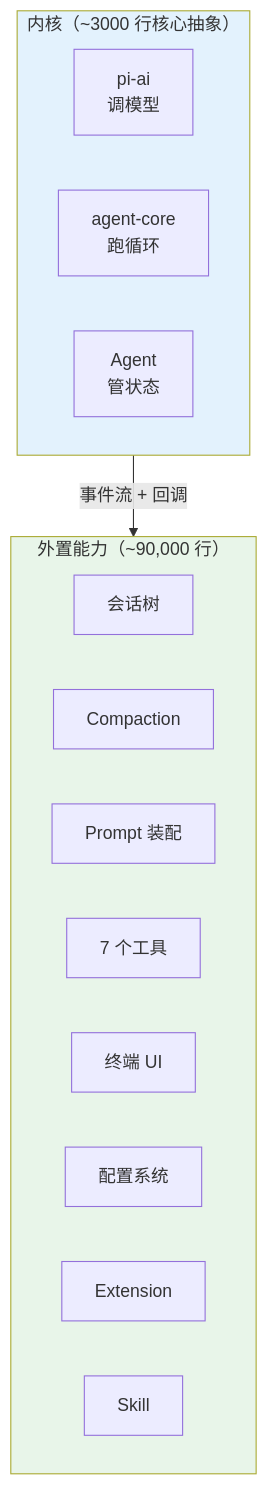
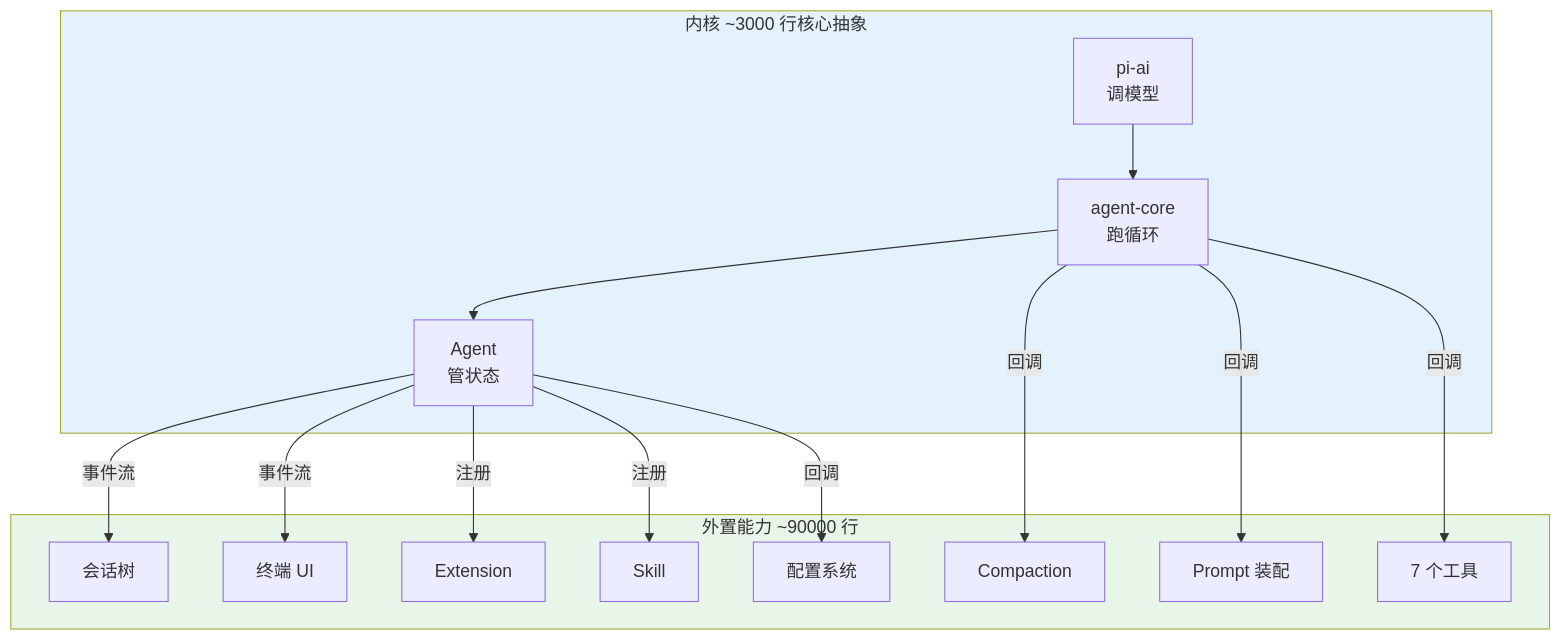
The diagram in src/ch30-minimal-core.md (endlessc/pi-book), drawn with Mermaid before and after one commit.

Commit message:
Fix ch30 mermaid: connect nodes not subgraphs, use <br/> for labels

````diff
--- a/src/ch30-minimal-core.md
+++ b/src/ch30-minimal-core.md
@@ -36,24 +36,32 @@
 ```mermaid
 graph TB
-    subgraph Core["内核（~3000 行核心抽象）"]
-        AI["pi-ai\n调模型"]
-        Loop["agent-core\n跑循环"]
-        Agent["Agent\n管状态"]
+    subgraph Core["内核 ~3000 行核心抽象"]
+        AI["pi-ai<br/>调模型"]
+        Loop["agent-core<br/>跑循环"]
+        Agent["Agent<br/>管状态"]
+        AI --> Loop --> Agent
     end
     
-    subgraph External["外置能力（~90,000 行）"]
+    subgraph External["外置能力 ~90000 行"]
         Session["会话树"]
         Compact["Compaction"]
         Prompt["Prompt 装配"]
         Tools["7 个工具"]
         TUI["终端 UI"]
         Config["配置系统"]
         Ext["Extension"]
         Skill["Skill"]
     end
     
-    Core -->|"事件流 + 回调"| External
+    Agent -->|事件流| Session
+    Agent -->|事件流| TUI
+    Loop -->|回调| Compact
+    Loop -->|回调| Prompt
+    Loop -->|回调| Tools
+    Agent -->|注册| Ext
+    Agent -->|注册| Skill
+    Agent -->|回调| Config
     
     style Core fill:#e3f2fd
     style External fill:#e8f5e9
 ```
````
